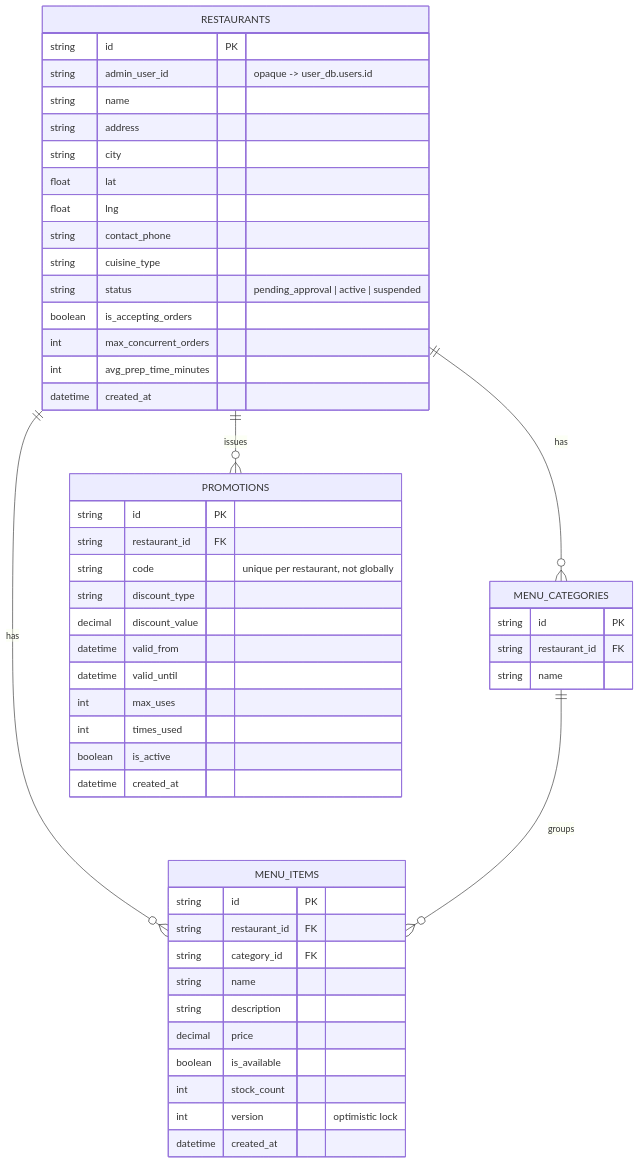
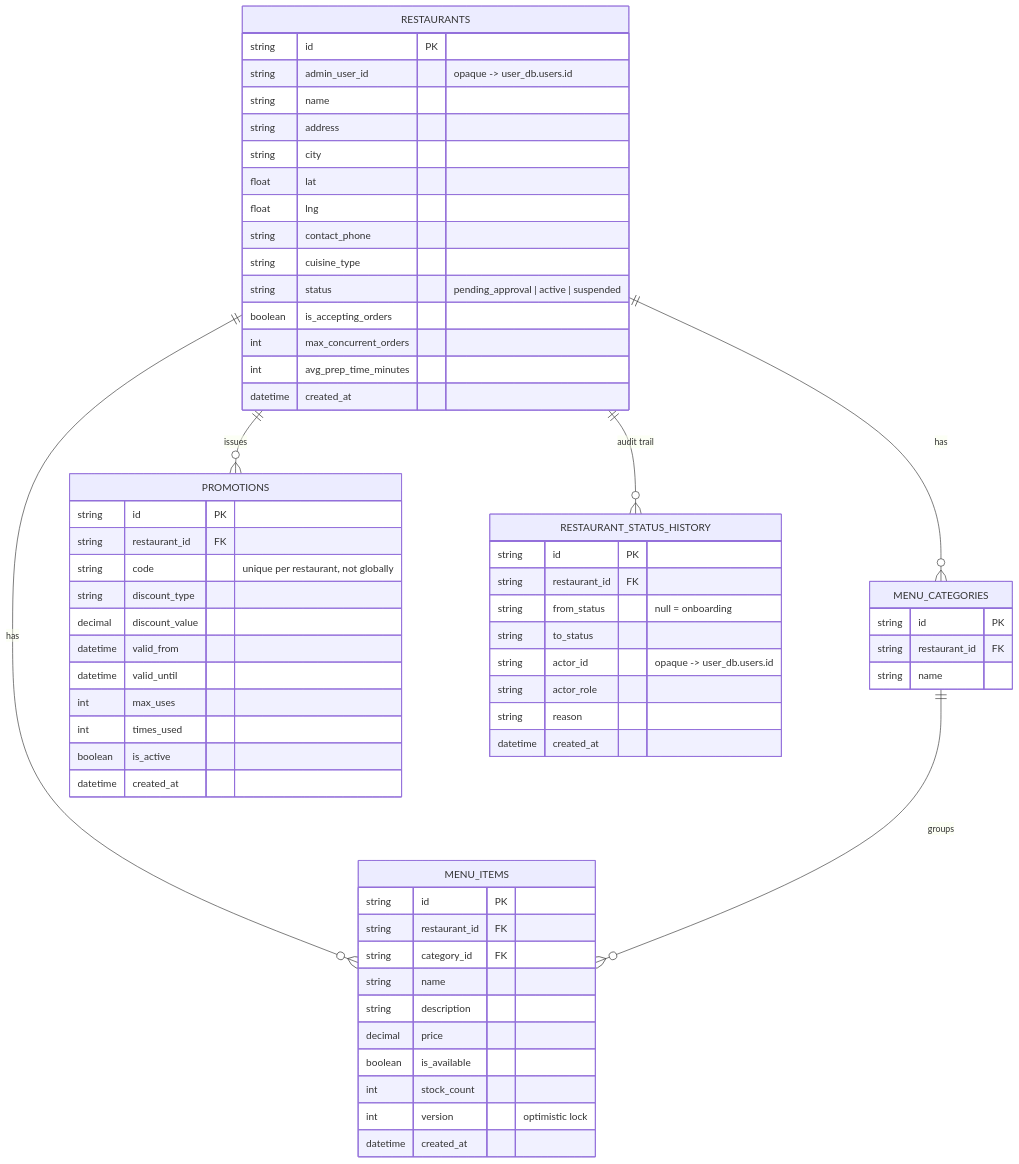
Before and after one commit to umer-emumba/smartfoodops-ms: the third of 9 diagrams in docs/diagrams.md, drawn with Mermaid. The commit also changed other lines of this file and 66 other files, not shown here.

````diff
--- a/docs/diagrams.md
+++ b/docs/diagrams.md
@@ -99,54 +103,65 @@
 ```mermaid
 erDiagram
     RESTAURANTS ||--o{ MENU_CATEGORIES : has
     RESTAURANTS ||--o{ MENU_ITEMS : has
     MENU_CATEGORIES ||--o{ MENU_ITEMS : groups
     RESTAURANTS ||--o{ PROMOTIONS : issues
+    RESTAURANTS ||--o{ RESTAURANT_STATUS_HISTORY : "audit trail"
 
     RESTAURANTS {
         string id PK
         string admin_user_id "opaque -> user_db.users.id"
         string name
         string address
         string city
         float lat
         float lng
         string contact_phone
         string cuisine_type
         string status "pending_approval | active | suspended"
         boolean is_accepting_orders
         int max_concurrent_orders
         int avg_prep_time_minutes
         datetime created_at
     }
     MENU_CATEGORIES {
         string id PK
         string restaurant_id FK
         string name
     }
     MENU_ITEMS {
         string id PK
         string restaurant_id FK
         string category_id FK
         string name
         string description
         decimal price
         boolean is_available
         int stock_count
         int version "optimistic lock"
         datetime created_at
     }
     PROMOTIONS {
         string id PK
         string restaurant_id FK
         string code "unique per restaurant, not globally"
         string discount_type
         decimal discount_value
         datetime valid_from
         datetime valid_until
         int max_uses
         int times_used
         boolean is_active
         datetime created_at
     }
+    RESTAURANT_STATUS_HISTORY {
+        string id PK
+        string restaurant_id FK
+        string from_status "null = onboarding"
+        string to_status
+        string actor_id "opaque -> user_db.users.id"
+        string actor_role
+        string reason
+        datetime created_at
+    }
 ```
````
